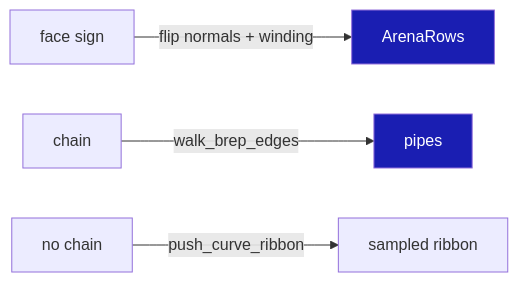
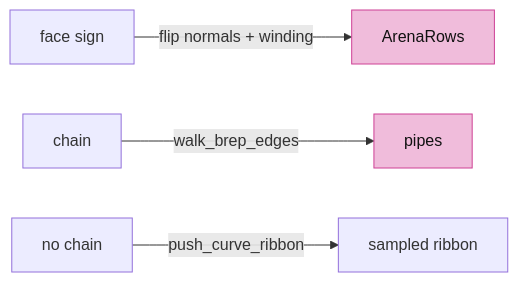
One commit to petrasvestartas/session changed the ninth of 10 diagrams in session_viewer/docs/07-boundaries.md. Above: the diagram before and after it, drawn with Mermaid. The commit also changed other lines of this file and 23 other files, not shown here.

Commit message:
Course: Mermaid nodes white with black text, highlighted nodes pink, white arrows and edge labels on the black ground

````diff
--- a/session_viewer/docs/07-boundaries.md
+++ b/session_viewer/docs/07-boundaries.md
@@ -177,8 +177,8 @@
 ```mermaid
 flowchart LR
     S["face sign"] -- "flip normals + winding" --> A["ArenaRows"]
     C["chain"] -- "walk_brep_edges" --> P["pipes"]
     N["no chain"] -- "push_curve_ribbon" --> R["sampled ribbon"]
-    style A fill:#1a1eb2,color:#fff
-    style P fill:#1a1eb2,color:#fff
+    style A fill:#f0bcdb,stroke:#ce4095,color:#111
+    style P fill:#f0bcdb,stroke:#ce4095,color:#111
 ```
````
